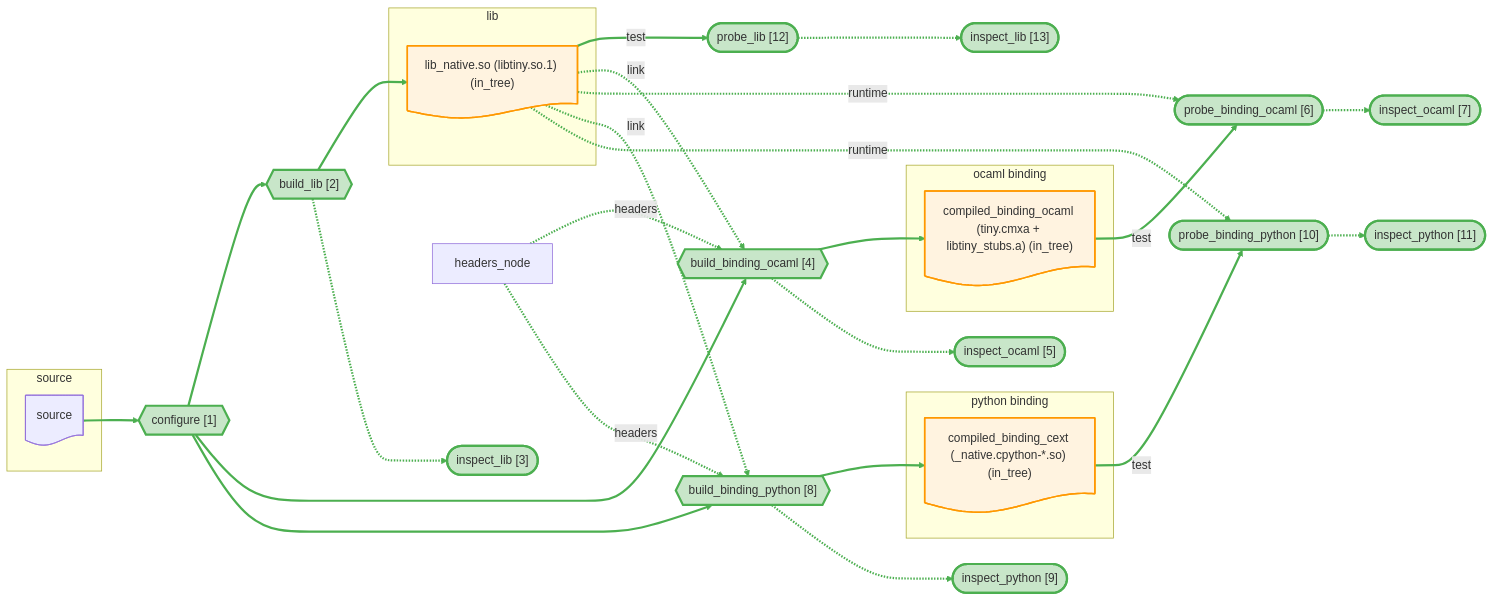
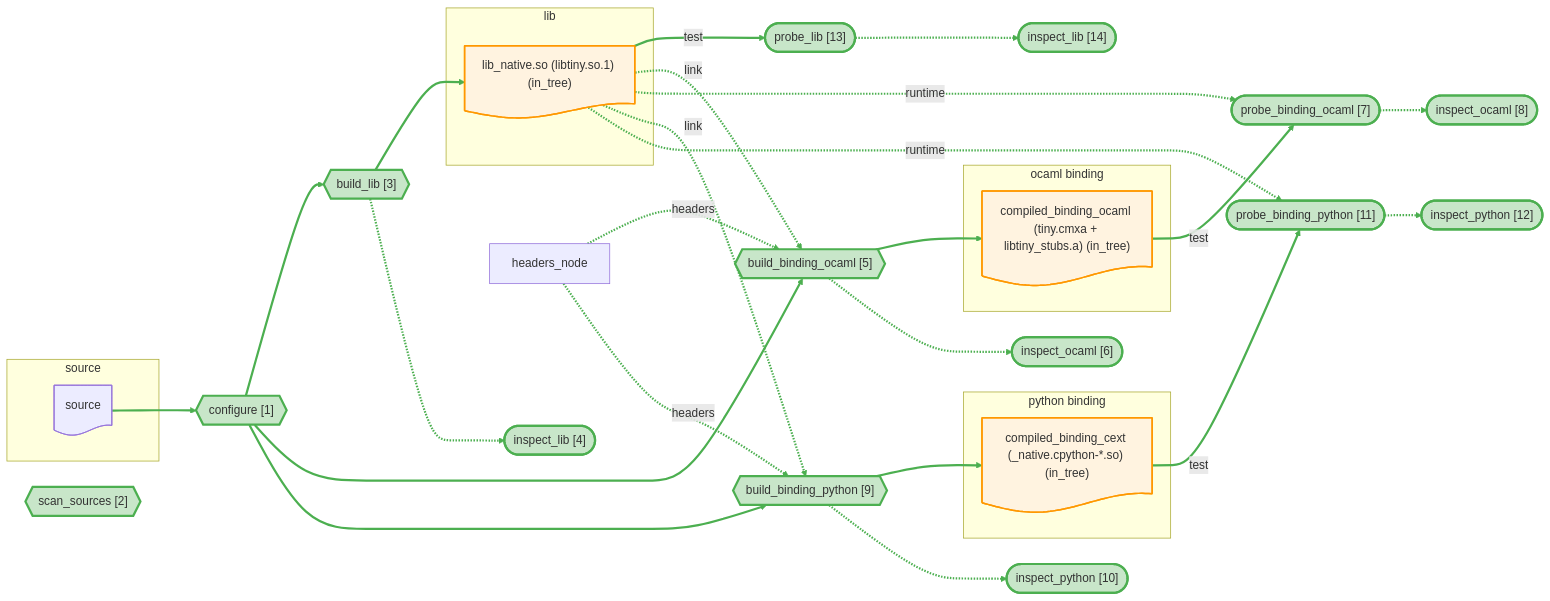
Before and after one commit to JHU-PL-Lab/tola: the diagram in docs/canary/projects/tiny/-run/diagrams/full.mmd, drawn with Mermaid. The commit also changed 74 other files, not shown here.

First line of the commit message:
canary: Phase 15.5a — Scan_sources rule + scan_sources spec field

```diff
--- a/docs/canary/projects/tiny/-run/diagrams/full.mmd
+++ b/docs/canary/projects/tiny/-run/diagrams/full.mmd
@@ -1,96 +1,98 @@
 %% view: full
 graph LR
     subgraph source_sg ["source"]
       source_node@{ shape: doc, label: "source" }
     end
     subgraph lib_sg ["lib"]
       lib_node@{ shape: doc, label: "lib_native.so (libtiny.so.1) (in_tree)" }
     end
     subgraph ocaml_binding_sg ["ocaml binding"]
       ocaml_binding_node@{ shape: doc, label: "compiled_binding_ocaml (tiny.cmxa + libtiny_stubs.a) (in_tree)" }
     end
     subgraph python_binding_sg ["python binding"]
       python_binding_node@{ shape: doc, label: "compiled_binding_cext (_native.cpython-*.so) (in_tree)" }
     end
 
     A_configure{{"configure [1]"}}
-    A_build_lib{{"build_lib [2]"}}
-    A_build_lib_inspect(["inspect_lib [3]"])
-    A_build_binding_ocaml{{"build_binding_ocaml [4]"}}
-    A_build_binding_ocaml_inspect(["inspect_ocaml [5]"])
-    A_probe_binding_ocaml(["probe_binding_ocaml [6]"])
-    A_probe_binding_ocaml_inspect(["inspect_ocaml [7]"])
-    A_build_binding_python{{"build_binding_python [8]"}}
-    A_build_binding_python_inspect(["inspect_python [9]"])
-    A_probe_binding_python(["probe_binding_python [10]"])
-    A_probe_binding_python_inspect(["inspect_python [11]"])
-    A_probe_lib(["probe_lib [12]"])
-    A_probe_lib_inspect(["inspect_lib [13]"])
+    A_scan_sources{{"scan_sources [2]"}}
+    A_build_lib{{"build_lib [3]"}}
+    A_build_lib_inspect(["inspect_lib [4]"])
+    A_build_binding_ocaml{{"build_binding_ocaml [5]"}}
+    A_build_binding_ocaml_inspect(["inspect_ocaml [6]"])
+    A_probe_binding_ocaml(["probe_binding_ocaml [7]"])
+    A_probe_binding_ocaml_inspect(["inspect_ocaml [8]"])
+    A_build_binding_python{{"build_binding_python [9]"}}
+    A_build_binding_python_inspect(["inspect_python [10]"])
+    A_probe_binding_python(["probe_binding_python [11]"])
+    A_probe_binding_python_inspect(["inspect_python [12]"])
+    A_probe_lib(["probe_lib [13]"])
+    A_probe_lib_inspect(["inspect_lib [14]"])
 
     source_node --> A_configure
     A_configure --> A_build_lib
     A_build_lib --> lib_node
     lib_node -->|test| A_probe_lib
     A_configure --> A_build_binding_ocaml
     headers_node -.->|headers| A_build_binding_ocaml
     lib_node -.->|link| A_build_binding_ocaml
     A_build_binding_ocaml --> ocaml_binding_node
     ocaml_binding_node -->|test| A_probe_binding_ocaml
     lib_node -.->|runtime| A_probe_binding_ocaml
     A_configure --> A_build_binding_python
     headers_node -.->|headers| A_build_binding_python
     lib_node -.->|link| A_build_binding_python
     A_build_binding_python --> python_binding_node
     python_binding_node -->|test| A_probe_binding_python
     lib_node -.->|runtime| A_probe_binding_python
     A_build_lib -.-> A_build_lib_inspect
     A_build_binding_ocaml -.-> A_build_binding_ocaml_inspect
     A_probe_binding_ocaml -.-> A_probe_binding_ocaml_inspect
     A_build_binding_python -.-> A_build_binding_python_inspect
     A_probe_binding_python -.-> A_probe_binding_python_inspect
     A_probe_lib -.-> A_probe_lib_inspect
 
     classDef artifact fill:#fff3e0,stroke:#ff9800,stroke-width:2px
     classDef store fill:#e8eaf6,stroke:#3f51b5,stroke-width:1.5px
     classDef st_done fill:#c8e6c9,stroke:#4caf50,stroke-width:3px
     classDef st_done_ctx fill:#e8f5e9,stroke:#a5d6a7,stroke-width:1.5px
     classDef st_expected_fail fill:#fff9c4,stroke:#f9a825,stroke-width:2px
     classDef st_failed fill:#ffcdd2,stroke:#c62828,stroke-width:2px
     classDef st_skipped fill:#f5f5f5,stroke:#9e9e9e,stroke-dasharray:5
     classDef st_nospec fill:#fafafa,stroke:#bdbdbd,stroke-dasharray:5
     class lib_node,ocaml_binding_node,python_binding_node artifact
     class A_configure st_done
+    class A_scan_sources st_done
     class A_build_lib st_done
     class A_build_lib_inspect st_done
     class A_build_binding_ocaml st_done
     class A_build_binding_ocaml_inspect st_done
     class A_probe_binding_ocaml st_done
     class A_probe_binding_ocaml_inspect st_done
     class A_build_binding_python st_done
     class A_build_binding_python_inspect st_done
     class A_probe_binding_python st_done
     class A_probe_binding_python_inspect st_done
     class A_probe_lib st_done
     class A_probe_lib_inspect st_done
     linkStyle 0 stroke:#4caf50,stroke-width:3px
     linkStyle 1 stroke:#4caf50,stroke-width:3px
     linkStyle 2 stroke:#4caf50,stroke-width:3px
     linkStyle 3 stroke:#4caf50,stroke-width:3px
     linkStyle 4 stroke:#4caf50,stroke-width:3px
     linkStyle 5 stroke:#4caf50,stroke-width:3px
     linkStyle 6 stroke:#4caf50,stroke-width:3px
     linkStyle 7 stroke:#4caf50,stroke-width:3px
     linkStyle 8 stroke:#4caf50,stroke-width:3px
     linkStyle 9 stroke:#4caf50,stroke-width:3px
     linkStyle 10 stroke:#4caf50,stroke-width:3px
     linkStyle 11 stroke:#4caf50,stroke-width:3px
     linkStyle 12 stroke:#4caf50,stroke-width:3px
     linkStyle 13 stroke:#4caf50,stroke-width:3px
     linkStyle 14 stroke:#4caf50,stroke-width:3px
     linkStyle 15 stroke:#4caf50,stroke-width:3px
     linkStyle 16 stroke:#4caf50,stroke-width:3px
     linkStyle 17 stroke:#4caf50,stroke-width:3px
     linkStyle 18 stroke:#4caf50,stroke-width:3px
     linkStyle 19 stroke:#4caf50,stroke-width:3px
     linkStyle 20 stroke:#4caf50,stroke-width:3px
     linkStyle 21 stroke:#4caf50,stroke-width:3px
```
